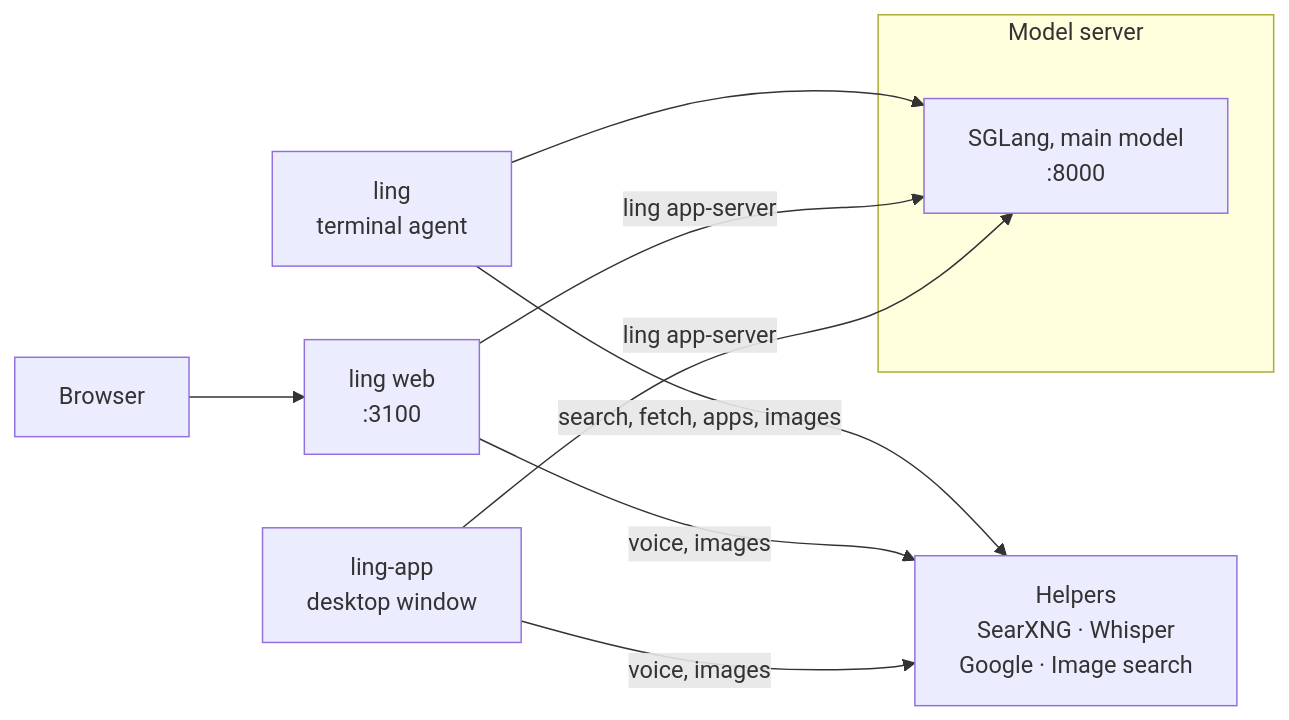
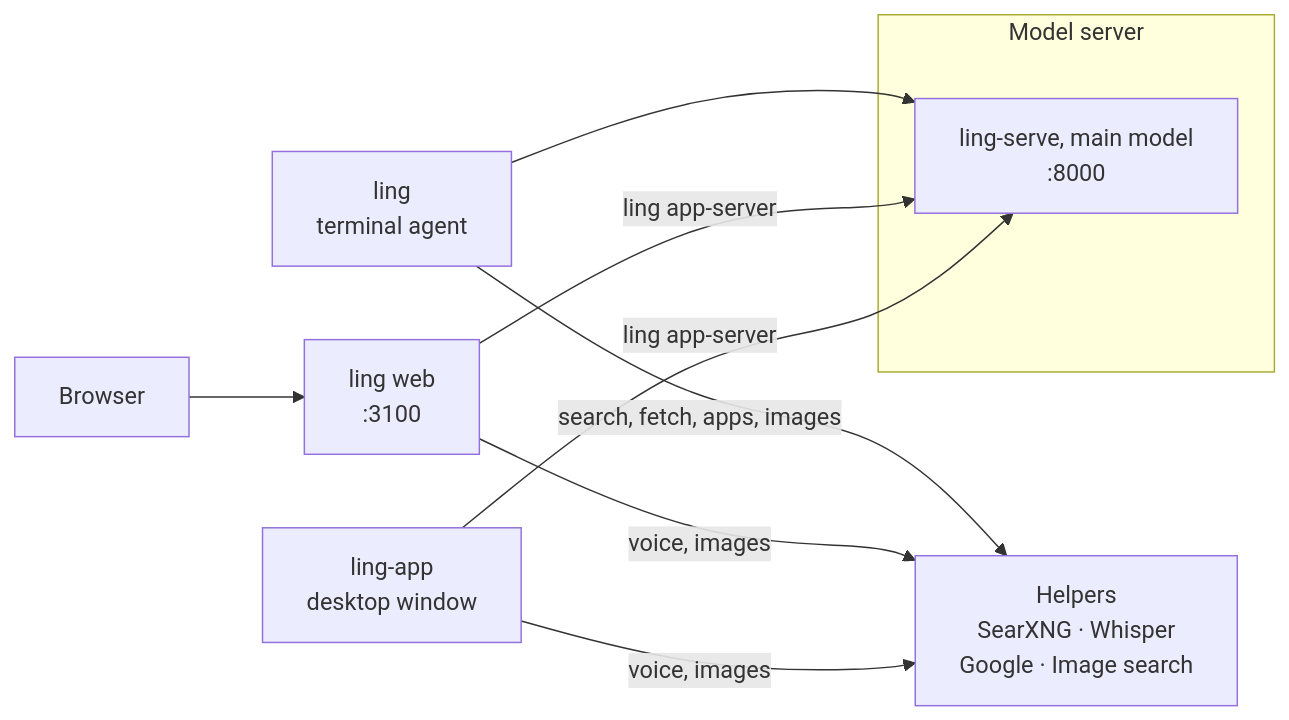
The first of 2 diagrams in docs/architecture.md (dreamference/mightling), drawn with Mermaid before and after one commit. The commit also changed other lines of this file and 7 other files, not shown here.

First line of the commit message:
1.8.0 docs and release notes: ling-serve the default, images and adapters on SGLang until 1.8.1

````diff
--- a/docs/architecture.md
+++ b/docs/architecture.md
@@ -9,18 +9,18 @@
 ```mermaid
 flowchart LR
     T["ling<br/>terminal agent"]
     B["Browser"]
     D["ling-app<br/>desktop window"]
     W["ling web<br/>:3100"]
     H["Helpers<br/>SearXNG · Whisper<br/>Google · Image search"]
     subgraph models["Model server"]
-        V["SGLang, main model<br/>:8000"]
+        V["ling-serve, main model<br/>:8000"]
     end
     T --> V
     T -- "search, fetch, apps, images" --> H
     B --> W
     W -- "ling app-server" --> V
     W -- "voice, images" --> H
     D -- "ling app-server" --> V
     D -- "voice, images" --> H
 ```
````
